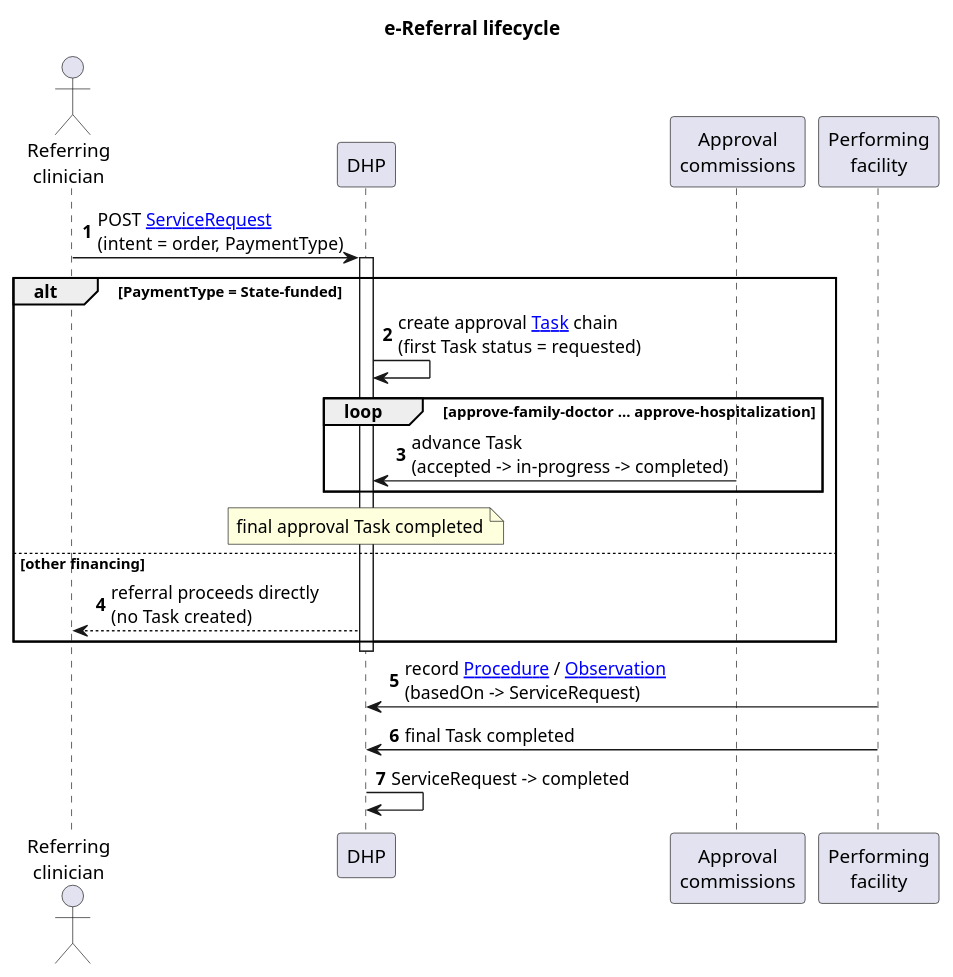
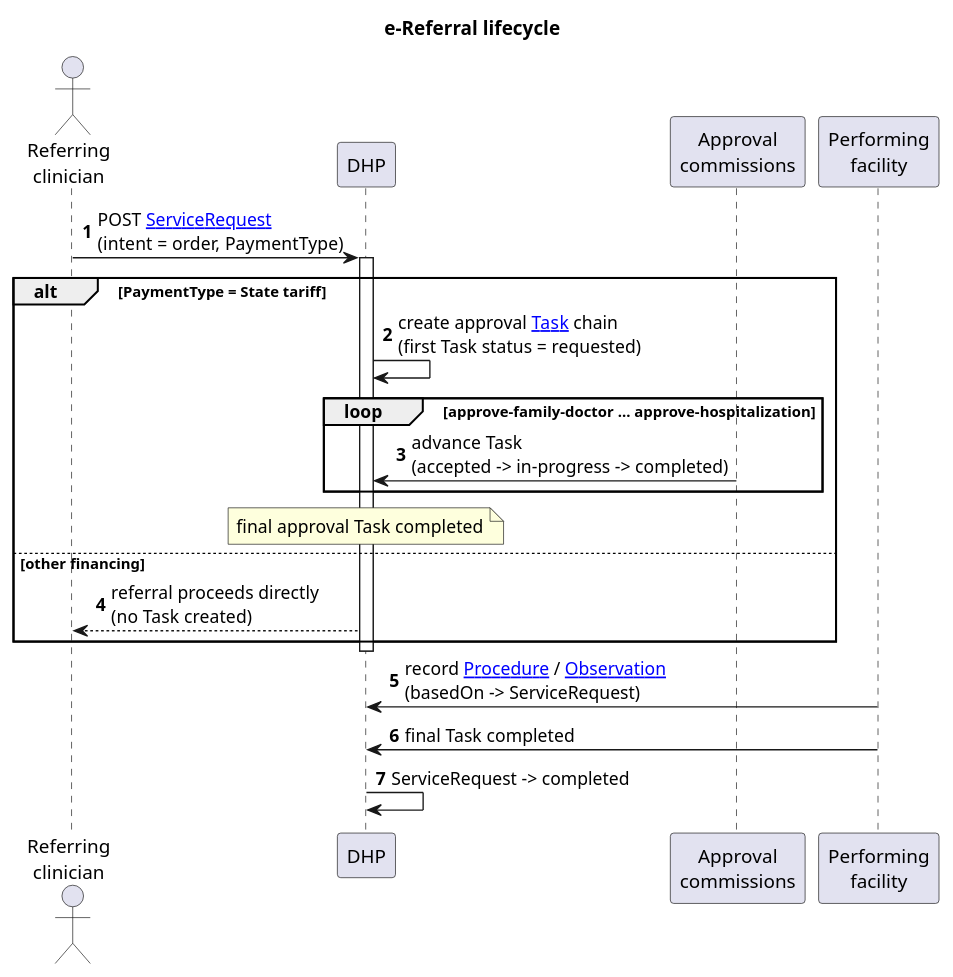
The diagram in input/images-source/referral-sequence.plantuml (uzinfocom-org/digital-health-ig), drawn with PlantUML before and after one commit. The commit also changed 29 other files, not shown here.

```diff
--- a/input/images-source/referral-sequence.plantuml
+++ b/input/images-source/referral-sequence.plantuml
@@ -1,27 +1,27 @@
 @startuml referral-sequence
 title e-Referral lifecycle
 autonumber
 
 actor "Referring\nclinician" as Clin
 participant "DHP" as DHP
 participant "Approval\ncommissions" as Comm
 participant "Performing\nfacility" as Fac
 
 Clin -> DHP : POST [[StructureDefinition-uz-core-servicerequest.html ServiceRequest]]\n(intent = order, PaymentType)
 activate DHP
 
-alt PaymentType = State-funded
+alt PaymentType = State tariff
   DHP -> DHP : create approval [[StructureDefinition-uz-core-referral-approval-task.html Task]] chain\n(first Task status = requested)
   loop approve-family-doctor ... approve-hospitalization
     Comm -> DHP : advance Task\n(accepted -> in-progress -> completed)
   end
   note over DHP : final approval Task completed
 else other financing
   DHP --> Clin : referral proceeds directly\n(no Task created)
 end
 deactivate DHP
 
 Fac -> DHP : record [[StructureDefinition-uz-core-procedure.html Procedure]] / [[StructureDefinition-uz-core-observation.html Observation]]\n(basedOn -> ServiceRequest)
 Fac -> DHP : final Task completed
 DHP -> DHP : ServiceRequest -> completed
 @enduml
```
